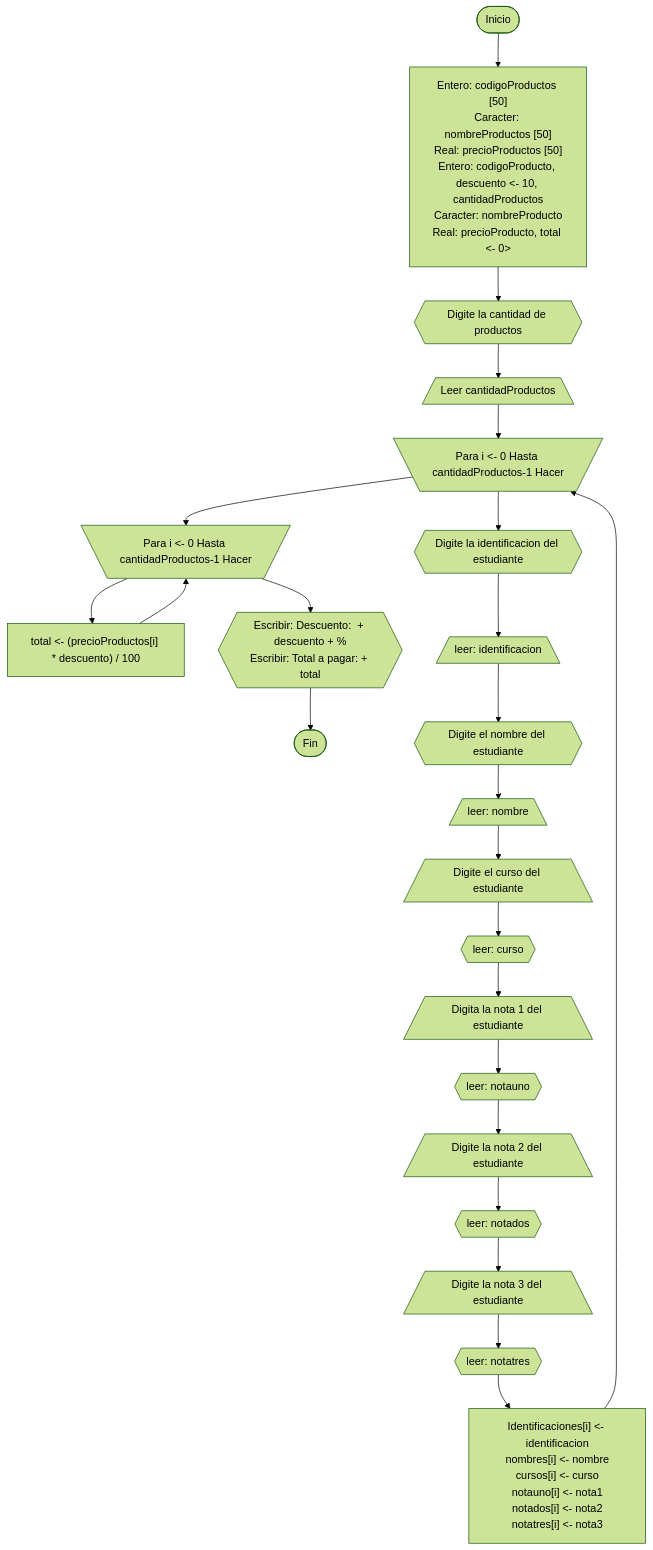
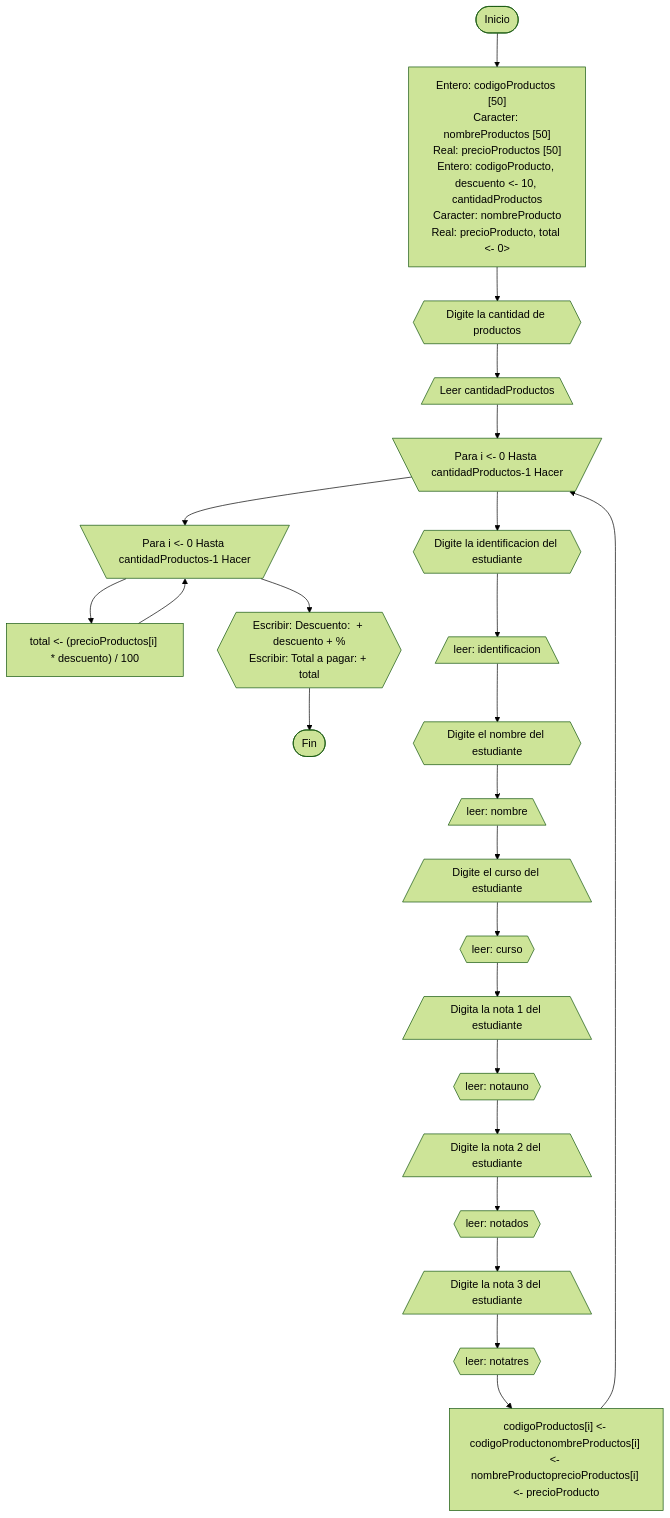
One commit to Samuel-Novoa/proyecto-base changed the diagram in README.md. Above: the diagram before and after it, drawn with Mermaid (forest theme).

Commit message:
New Readme

````diff
--- a/README.md
+++ b/README.md
@@ -67,11 +67,11 @@
 ```mermaid
 flowchart TD;
     A([Inicio]) --> B["Entero: codigoProductos [50]<br>Caracter: nombreProductos [50]<br>Real: precioProductos [50]<br>Entero: codigoProducto, descuento <- 10, cantidadProductos<br>Caracter: nombreProducto<br>Real: precioProducto, total <- 0>"] --> C{{Digite la cantidad de productos}} --> D[/Leer cantidadProductos\] --> E[\"Para i <- 0 Hasta cantidadProductos-1 Hacer"/];
     E --> F[\"Para i <- 0 Hasta cantidadProductos-1 Hacer"/];
     F --> G1["total <- (precioProductos[i] * descuento) / 100"];
     G1 --> F;
     F --> H1{{"Escribir: Descuento:  + descuento + %<br>Escribir: Total a pagar: + total"}} --> I1([Fin]);
-    G["Identificaciones[i] <- identificacion<br>nombres[i] <- nombre<br>cursos[i] <- curso<br>notauno[i] <- nota1<br>notados[i] <- nota2<br>notatres[i] <- nota3"] --> E
+    G["codigoProductos[i] <- codigoProductonombreProductos[i] <- nombreProductoprecioProductos[i] <- precioProducto"] --> E
     E --> H{{Digite la identificacion del estudiante}} --> I[/leer: identificacion\] --> J{{Digite el nombre del estudiante}} --> K[/leer: nombre\] --> L[/Digite el curso del estudiante\] --> M{{leer: curso}} --> N[/Digita la nota 1 del estudiante\] --> O{{leer: notauno}} --> P[/Digite la nota 2 del estudiante\] --> Q{{leer: notados}} --> R[/Digite la nota 3 del estudiante\] --> S{{leer: notatres}};
     S --> G;
 ```
````
